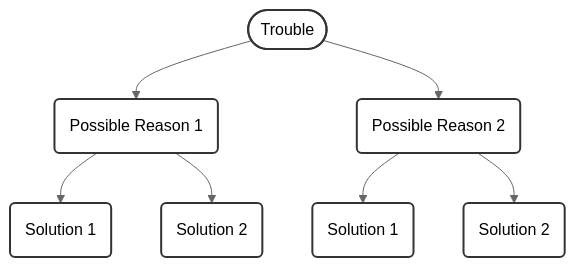
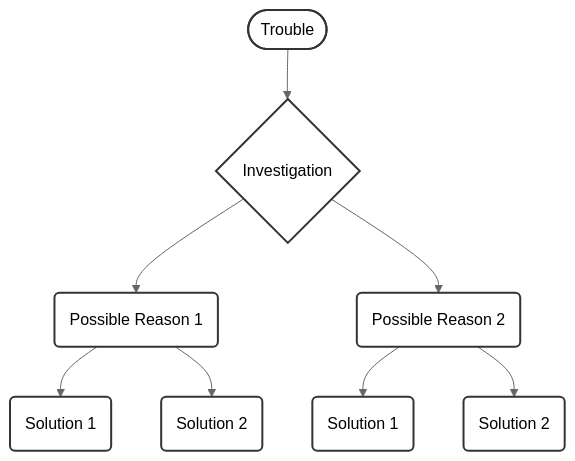
Before and after one commit to Ruyi95/Ruyi95.github.io: the first of 2 diagrams in _posts/2021-07-02-Drawing-Flowcharts-with-Mermaid.md, drawn with Mermaid (neutral theme). The commit also changed other lines of this file, not shown here.

Commit message:
Flowchart revised.

```diff
--- a/_posts/2021-07-02-Drawing-Flowcharts-with-Mermaid.md
+++ b/_posts/2021-07-02-Drawing-Flowcharts-with-Mermaid.md
@@ -8,10 +8,10 @@
 <div class="mermaid">
   graph TD
-  A([Trouble]) --> B(Possible Reason 1) & C(Possible Reason 2)
-  B --> D(Solution 1) & E(Solution 2)
-  C --> F(Solution 1) & G(Solution 2)
-  click D "https://www.google.com" _blank
+  A([Trouble]) -->B{Investigation} -->C(Possible Reason 1) & D(Possible Reason 2)
+  C --> E(Solution 1) & F(Solution 2)
+  D --> G(Solution 1) & H(Solution 2)
   click E "https://www.google.com" _blank
+  click G "https://www.google.com" _blank
   classDef simpleChart fill:#fff, stroke:#333, stroke-width:2px;
-  class A,B,C,D,E,F,G simpleChart;
+  class A,B,C,D,E,F,G,H simpleChart;
 </div>
```
